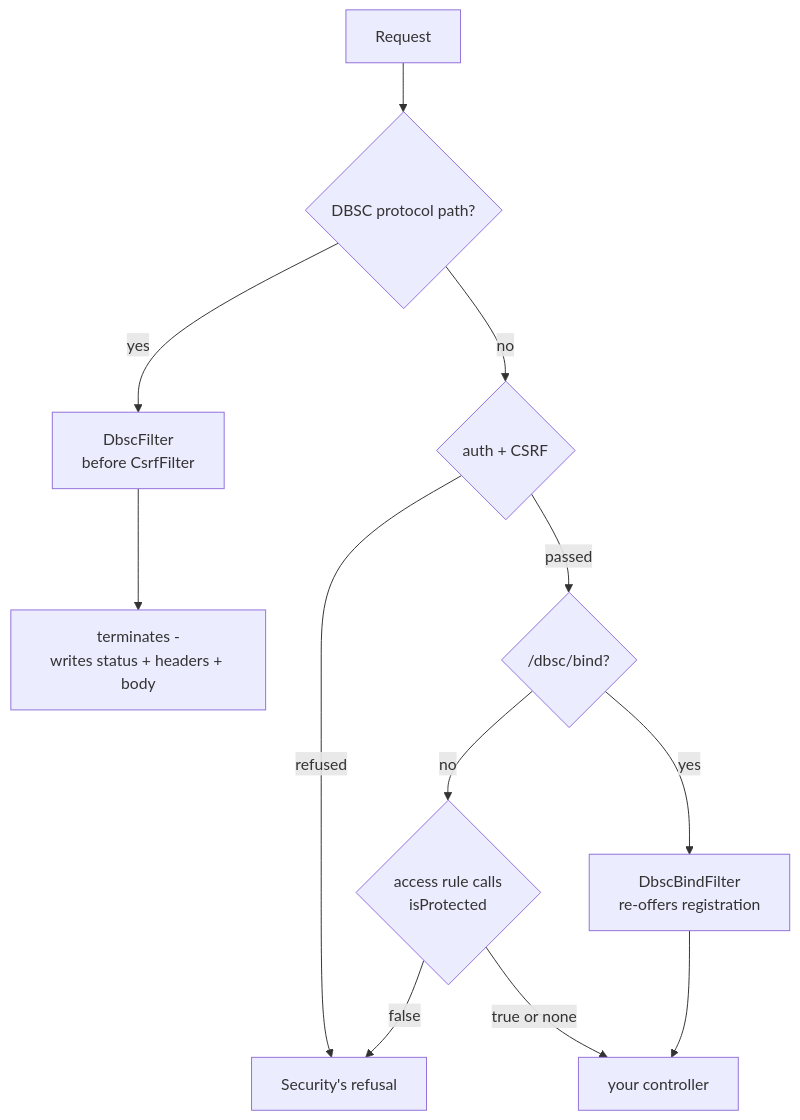
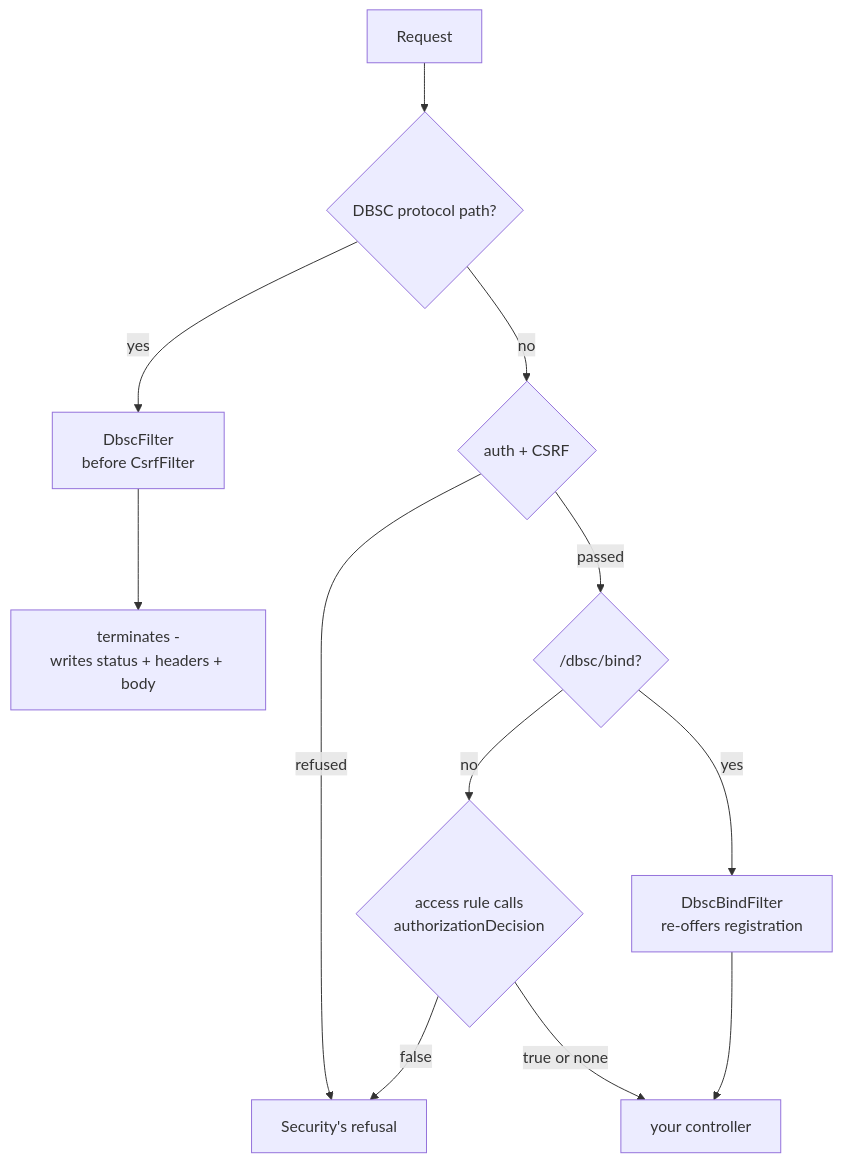
Before and after one commit to yuukioosaka/spring-dbsc: the eighth of 12 diagrams in README.md, drawn with Mermaid. The commit also changed other lines of this file and 2 other files, not shown here.

First line of the commit message:
Add DbscService.authorizationDecision, the rule as one method reference

````diff
--- a/README.md
+++ b/README.md
@@ -854,14 +833,14 @@
 ```mermaid
 flowchart TD
     A[Request] --> B{DBSC protocol path?}
     B -- yes --> C[DbscFilter<br/>before CsrfFilter]
     C --> C2[terminates -<br/>writes status + headers + body]
     B -- no --> E{auth + CSRF}
     E -- refused --> X[Security's refusal]
     E -- passed --> G{/dbsc/bind?}
     G -- yes --> HB[DbscBindFilter<br/>re-offers registration]
-    G -- no --> H{access rule calls<br/>isProtected}
+    G -- no --> H{access rule calls<br/>authorizationDecision}
     H -- false --> X
     H -- true or none --> F[your controller]
     HB --> F
 ```
````
